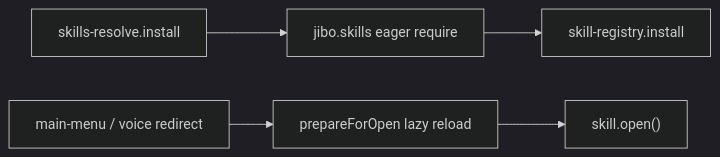
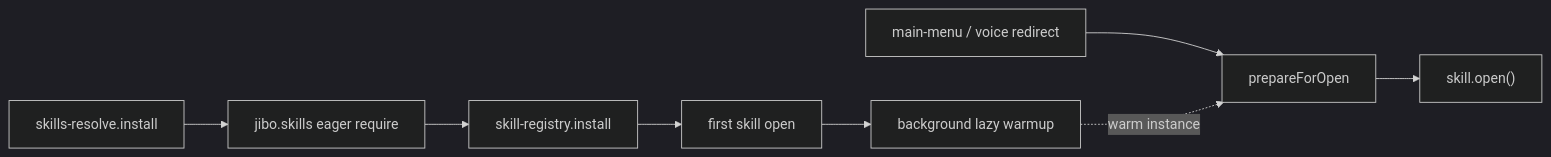
Before and after one commit to Jibo-Revival-Group/BEam: the diagram in docs/architecture.md, drawn with Mermaid (dark theme). The commit also changed other lines of this file and 3 other files, not shown here.

First line of the commit message:
Enhance lazy skill management and warmup process

````diff
--- a/docs/architecture.md
+++ b/docs/architecture.md
@@ -12,12 +14,15 @@
 ```mermaid
 flowchart LR
   Install["skills-resolve.install"]
   Eager["jibo.skills eager require"]
   Registry["skill-registry.install"]
+  FirstOpen["first skill open"]
+  Warm["background lazy warmup"]
   Menu["main-menu / voice redirect"]
-  Prep["prepareForOpen lazy reload"]
+  Prep["prepareForOpen"]
   Open["skill.open()"]
 
-  Install --> Eager --> Registry
+  Install --> Eager --> Registry --> FirstOpen --> Warm
   Menu --> Prep --> Open
+  Warm -.->|"warm instance"| Prep
 ```
````
